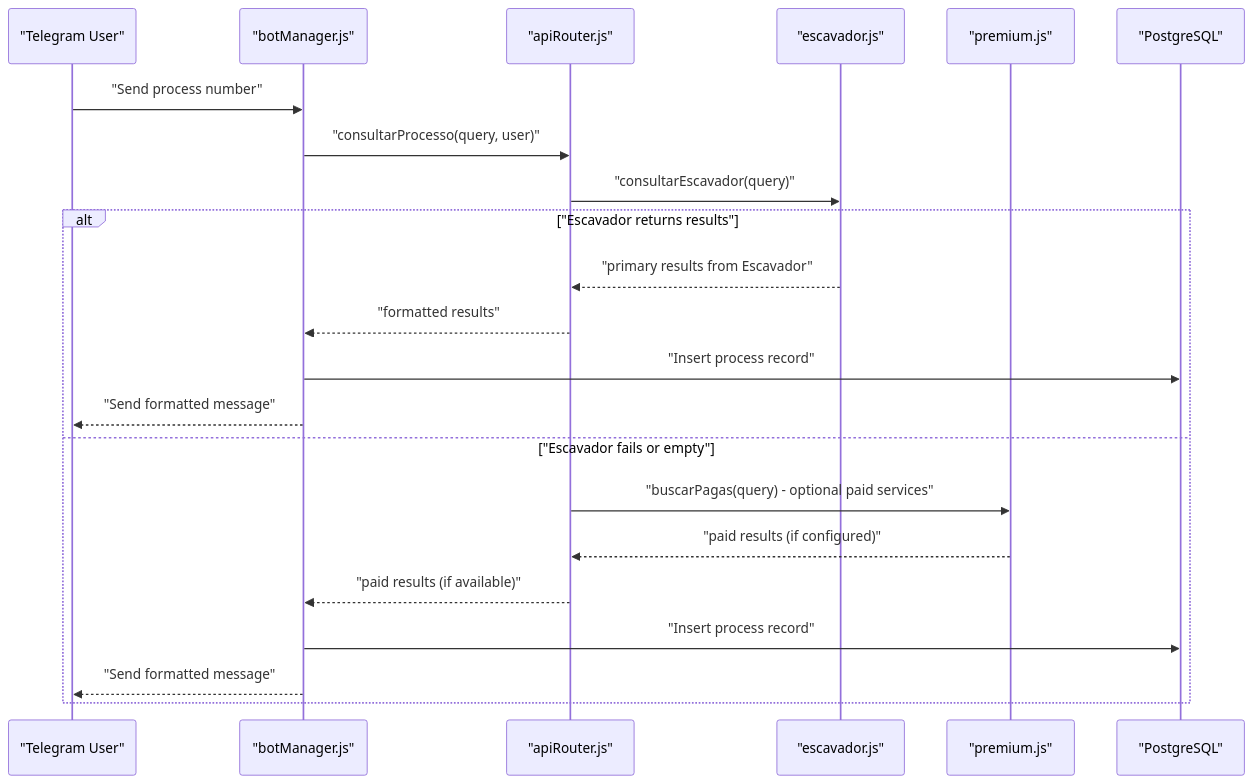
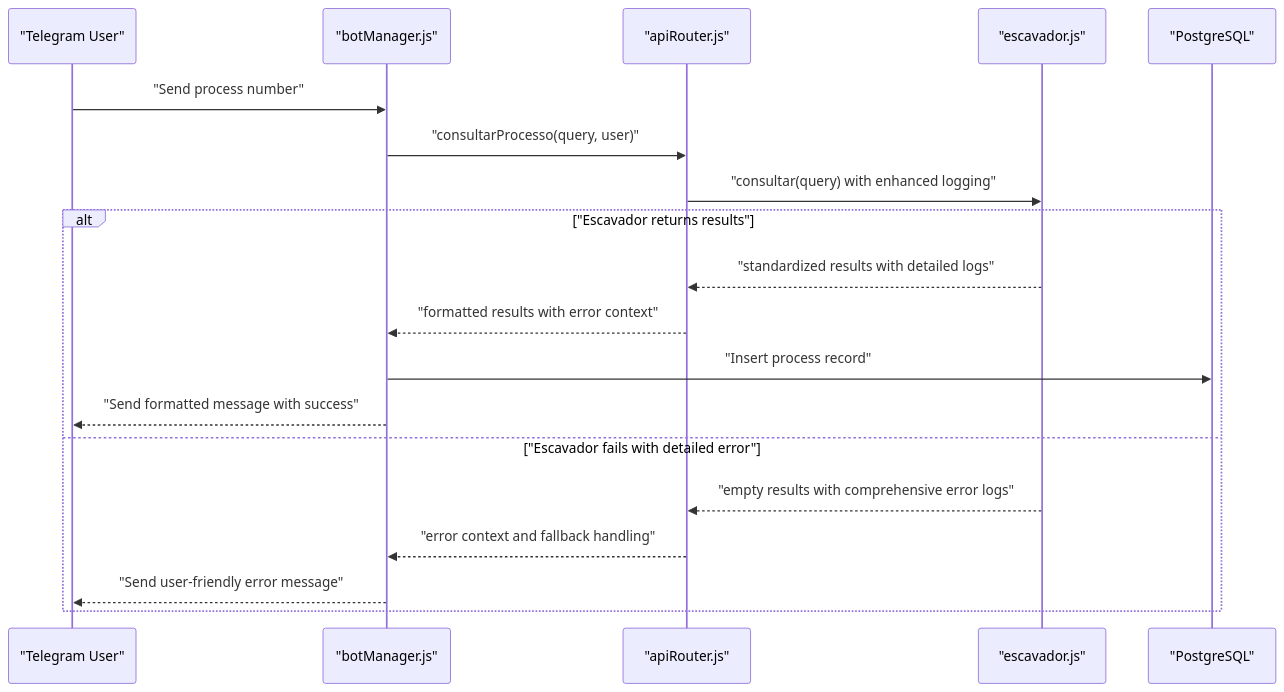
The second of 4 diagrams in .qoder/repowiki/en/content/API Integration Layer/DataJud Free Service Integration.md (Alexandrexicara/bot-processos), drawn with Mermaid before and after one commit. The commit also changed other lines of this file and 5 other files, not shown here.

````diff
--- a/.qoder/repowiki/en/content/API Integration Layer/DataJud Free Service Integration.md
+++ b/.qoder/repowiki/en/content/API Integration Layer/DataJud Free Service Integration.md
@@ -141,24 +136,21 @@
 ```mermaid
 sequenceDiagram
 participant U as "Telegram User"
 participant BM as "botManager.js"
 participant R as "apiRouter.js"
 participant E as "escavador.js"
-participant P as "premium.js"
 participant DB as "PostgreSQL"
 U->>BM : "Send process number"
 BM->>R : "consultarProcesso(query, user)"
-R->>E : "consultarEscavador(query)"
+R->>E : "consultar(query) with enhanced logging"
 alt "Escavador returns results"
-E-->>R : "primary results from Escavador"
-R-->>BM : "formatted results"
+E-->>R : "standardized results with detailed logs"
+R-->>BM : "formatted results with error context"
 BM->>DB : "Insert process record"
-BM-->>U : "Send formatted message"
-else "Escavador fails or empty"
-R->>P : "buscarPagas(query) - optional paid services"
-P-->>R : "paid results (if configured)"
-R-->>BM : "paid results (if available)"
-BM->>DB : "Insert process record"
-BM-->>U : "Send formatted message"
+BM-->>U : "Send formatted message with success"
+else "Escavador fails with detailed error"
+E-->>R : "empty results with comprehensive error logs"
+R-->>BM : "error context and fallback handling"
+BM-->>U : "Send user-friendly error message"
 end
 ```
````
